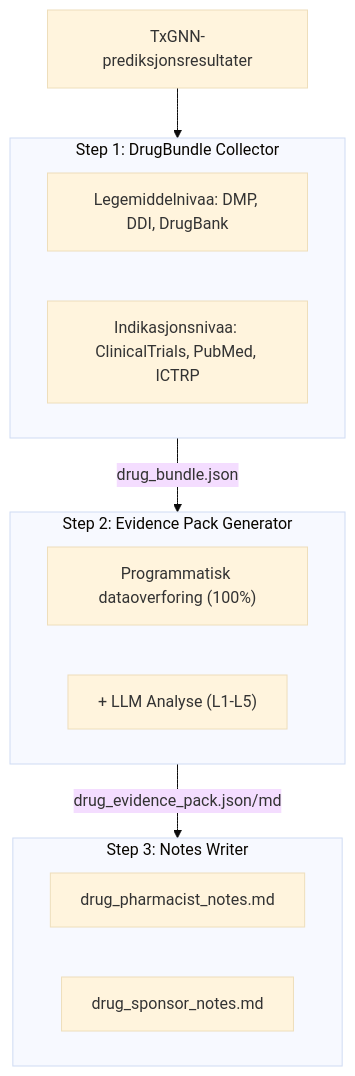
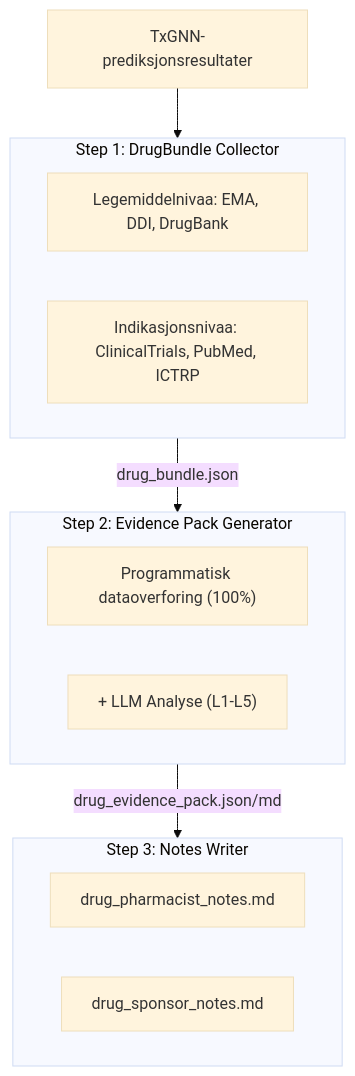
One commit to yao-care/NOTxGNN changed the first of 2 diagrams in README.md. Above: the diagram before and after it, drawn with Mermaid (base theme). The commit also changed other lines of this file and 3 other files, not shown here.

First line of the commit message:
其餘資料來源描述改寫實際資料集：DMP → EMA Medicines report

````diff
--- a/README.md
+++ b/README.md
@@ -130,18 +130,18 @@
 ```mermaid
 flowchart TD
     A["TxGNN-prediksjonsresultater"] --> B
     subgraph B["Step 1: DrugBundle Collector"]
-        B1["Legemiddelnivaa: DMP, DDI, DrugBank"]
+        B1["Legemiddelnivaa: EMA, DDI, DrugBank"]
         B2["Indikasjonsnivaa: ClinicalTrials, PubMed, ICTRP"]
     end
     B --> |"drug_bundle.json"| C
     subgraph C["Step 2: Evidence Pack Generator"]
         C1["Programmatisk dataoverforing (100%)"]
         C2["+ LLM Analyse (L1-L5)"]
     end
     C --> |"drug_evidence_pack.json/md"| D
     subgraph D["Step 3: Notes Writer"]
         D1["drug_pharmacist_notes.md"]
         D2["drug_sponsor_notes.md"]
     end
 ```
````
